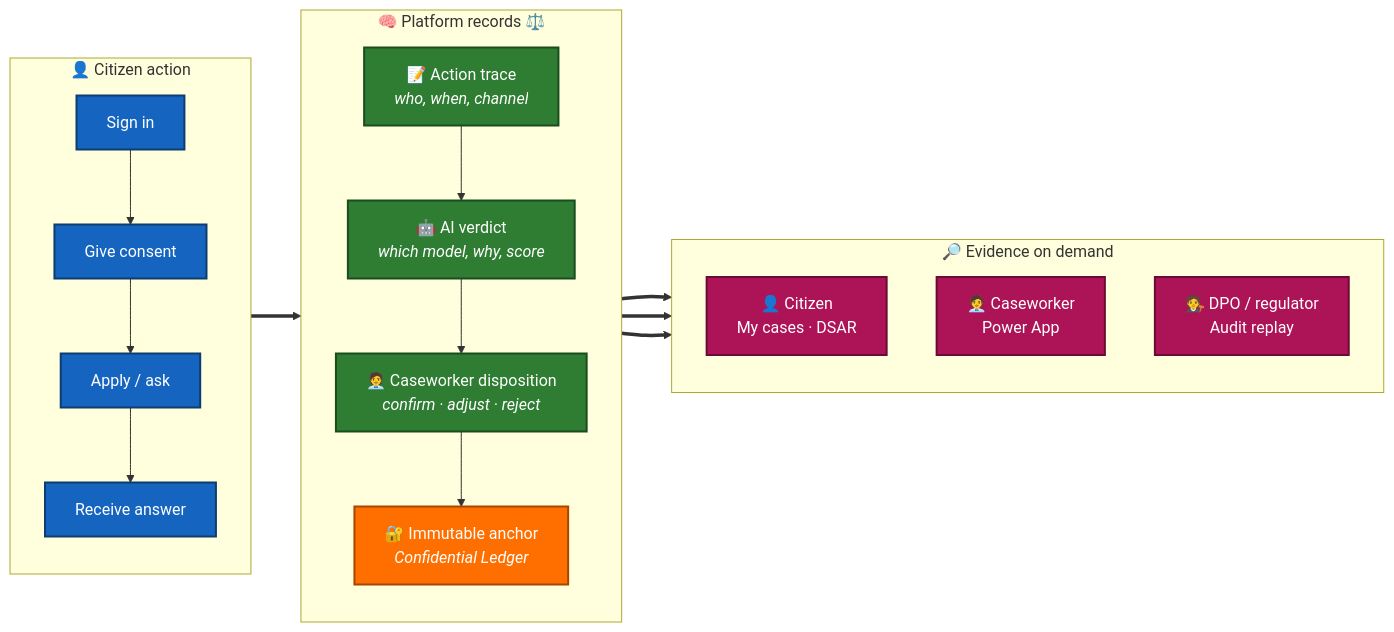
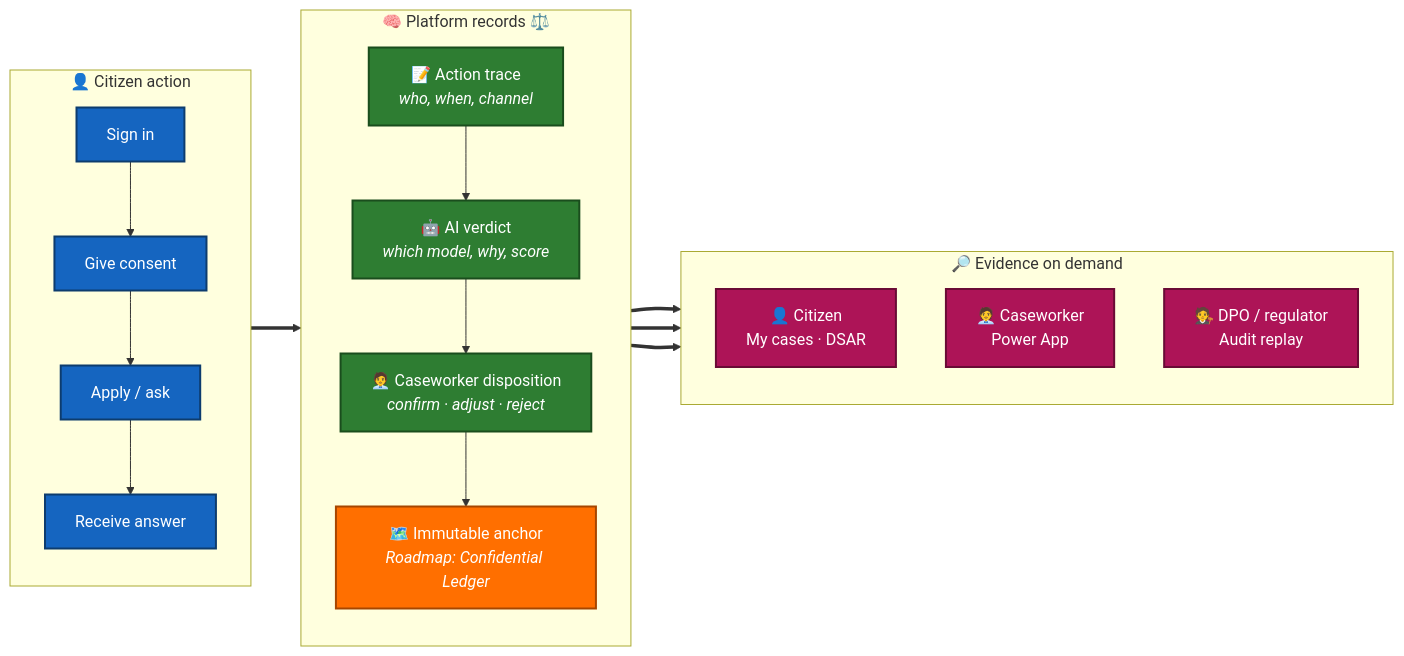
One commit to fredgis/UDCSP changed the diagram in docs/biz/traceability.md. Above: the diagram before and after it, drawn with Mermaid. The commit also changed other lines of this file and 37 other files, not shown here.

````diff
--- a/docs/biz/traceability.md
+++ b/docs/biz/traceability.md
@@ -61,37 +67,37 @@
 ```mermaid
 flowchart LR
   subgraph LEFT["👤 Citizen action"]
     direction TB
     C1["Sign in"]:::citizen
     C2["Give consent"]:::citizen
     C3["Apply / ask"]:::citizen
     C4["Receive answer"]:::citizen
     C1 --> C2 --> C3 --> C4
   end
 
   subgraph MID["🧠 Platform records ⚖️"]
     direction TB
     R1["📝 Action trace<br/><i>who, when, channel</i>"]:::trace
     R2["🤖 AI verdict<br/><i>which model, why, score</i>"]:::trace
     R3["🧑‍💼 Caseworker disposition<br/><i>confirm · adjust · reject</i>"]:::trace
-    R4["🔐 Immutable anchor<br/><i>Confidential Ledger</i>"]:::immut
+    R4["🗺️ Immutable anchor<br/><i>Roadmap: Confidential Ledger</i>"]:::immut
     R1 --> R2 --> R3 --> R4
   end
 
   subgraph RIGHT["🔎 Evidence on demand"]
     direction TB
     A1["👤 Citizen<br/>My cases · DSAR"]:::audience
     A2["🧑‍💼 Caseworker<br/>Power App"]:::audience
     A3["🧑‍⚖️ DPO / regulator<br/>Audit replay"]:::audience
   end
 
   LEFT  ==> MID
   MID   ==> A1
   MID   ==> A2
   MID   ==> A3
 
   classDef citizen fill:#1565C0,stroke:#0d3c6e,color:#fff,stroke-width:2px
   classDef trace   fill:#2E7D32,stroke:#1a4d1d,color:#fff,stroke-width:2px
   classDef immut   fill:#FF6F00,stroke:#a64600,color:#fff,stroke-width:2px
   classDef audience fill:#AD1457,stroke:#6a0b35,color:#fff,stroke-width:2px
 ```
````
